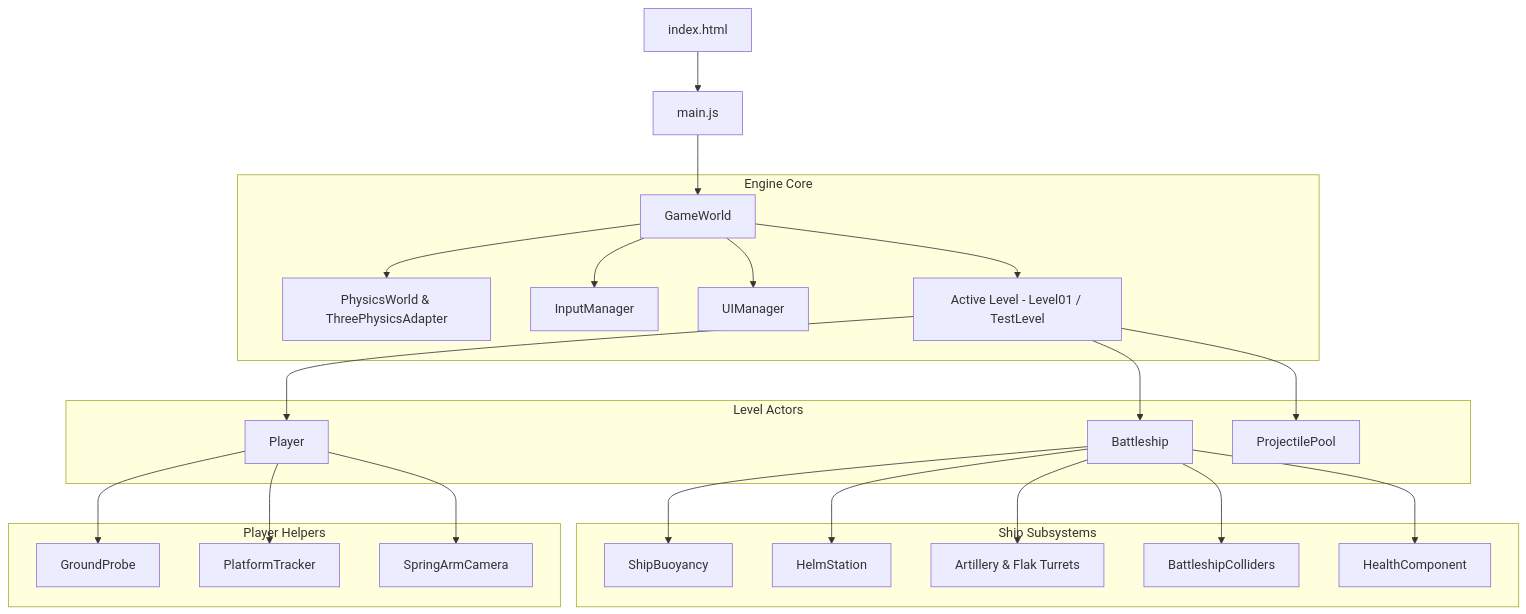
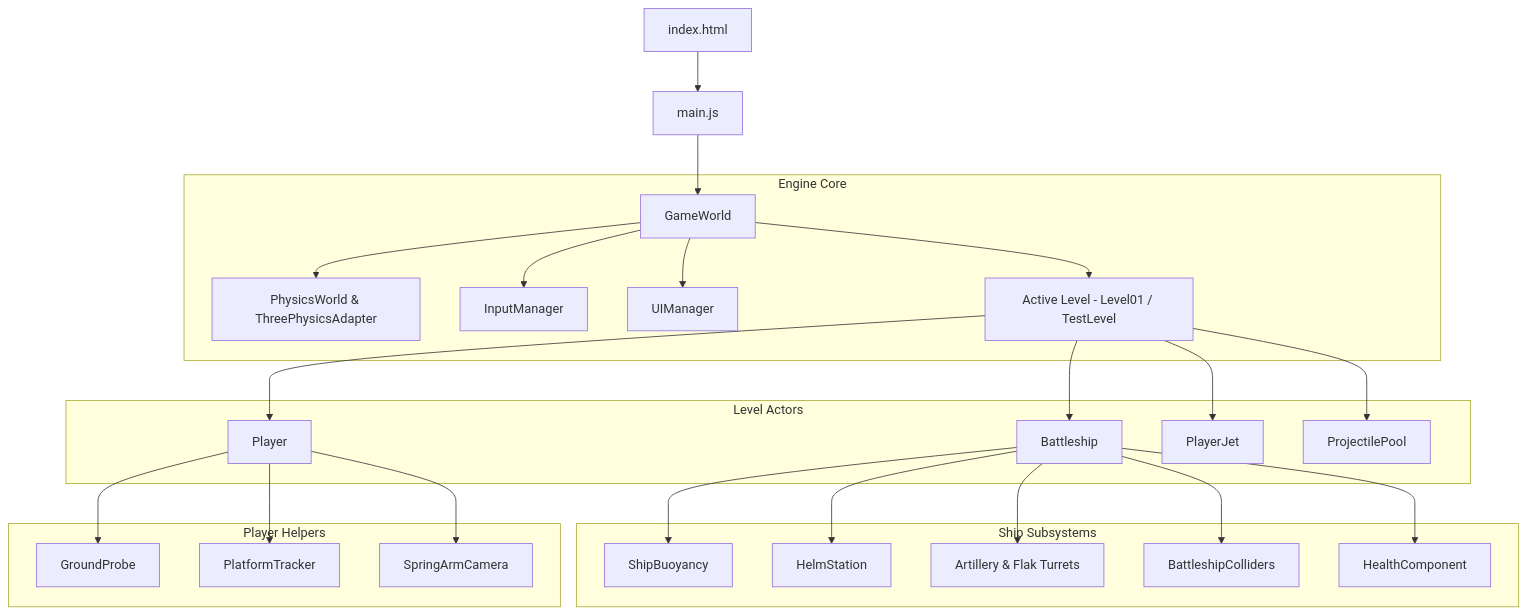
One commit to Ja-neh/ScopeCreep changed the diagram in docs/CODEBASE_GUIDE.md. Above: the diagram before and after it, drawn with Mermaid. The commit also changed other lines of this file and 9 other files, not shown here.

````diff
--- a/docs/CODEBASE_GUIDE.md
+++ b/docs/CODEBASE_GUIDE.md
@@ -226,32 +239,33 @@
 ```mermaid
 flowchart TD
     HTML[index.html] --> Main[main.js]
     Main --> GW[GameWorld]
     
     subgraph Engine Core
         GW --> Physics[PhysicsWorld & ThreePhysicsAdapter]
         GW --> Input[InputManager]
         GW --> UI[UIManager]
         GW --> Level[Active Level - Level01 / TestLevel]
     end
 
     subgraph Level Actors
         Level --> Ship[Battleship]
         Level --> Ply[Player]
+        Level --> Jet[PlayerJet]
         Level --> Pool[ProjectilePool]
     end
 
     subgraph Ship Subsystems
         Ship --> Buoyancy[ShipBuoyancy]
         Ship --> Helm[HelmStation]
         Ship --> Guns[Artillery & Flak Turrets]
         Ship --> Colliders[BattleshipColliders]
         Ship --> HP[HealthComponent]
     end
 
     subgraph Player Helpers
         Ply --> Probe[GroundProbe]
         Ply --> Tracker[PlatformTracker]
         Ply --> Cam[SpringArmCamera]
     end
 ```
````
